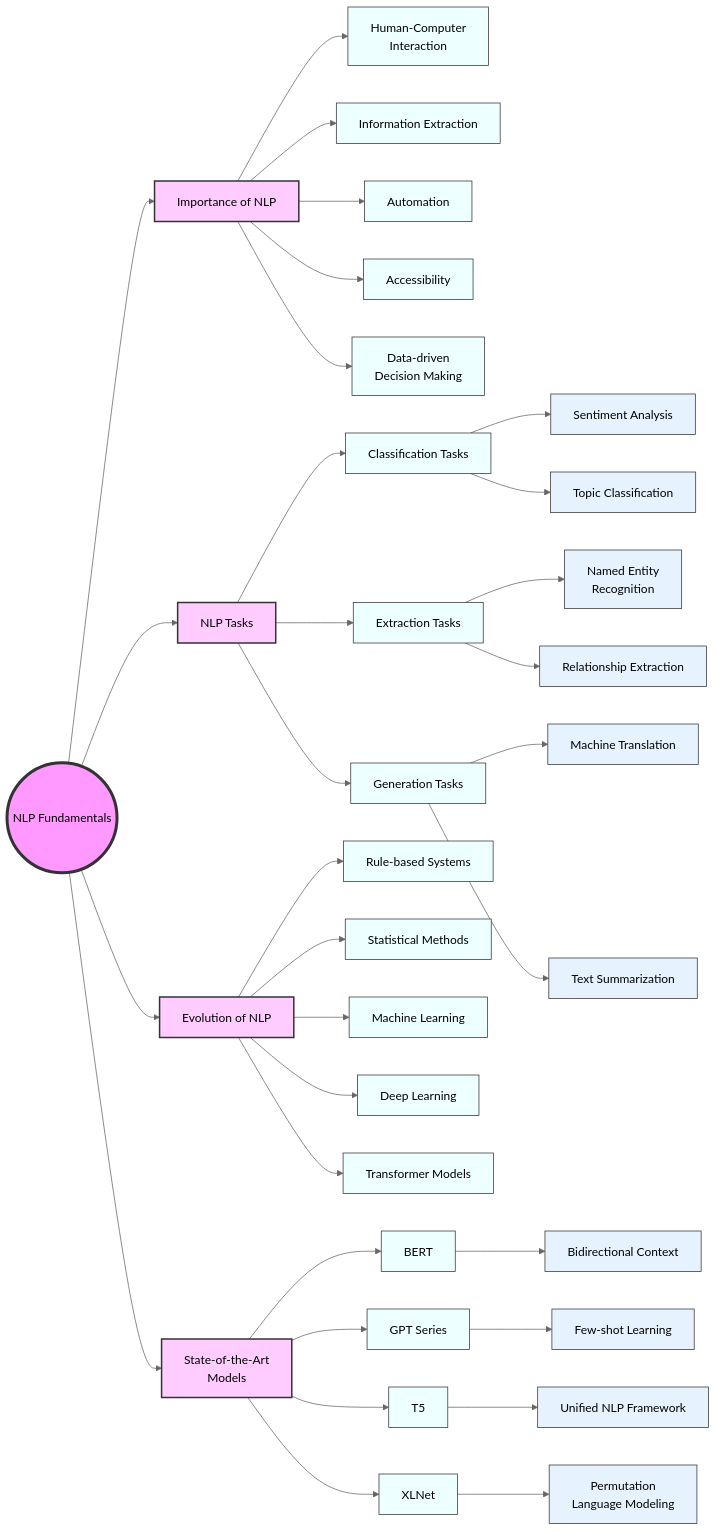
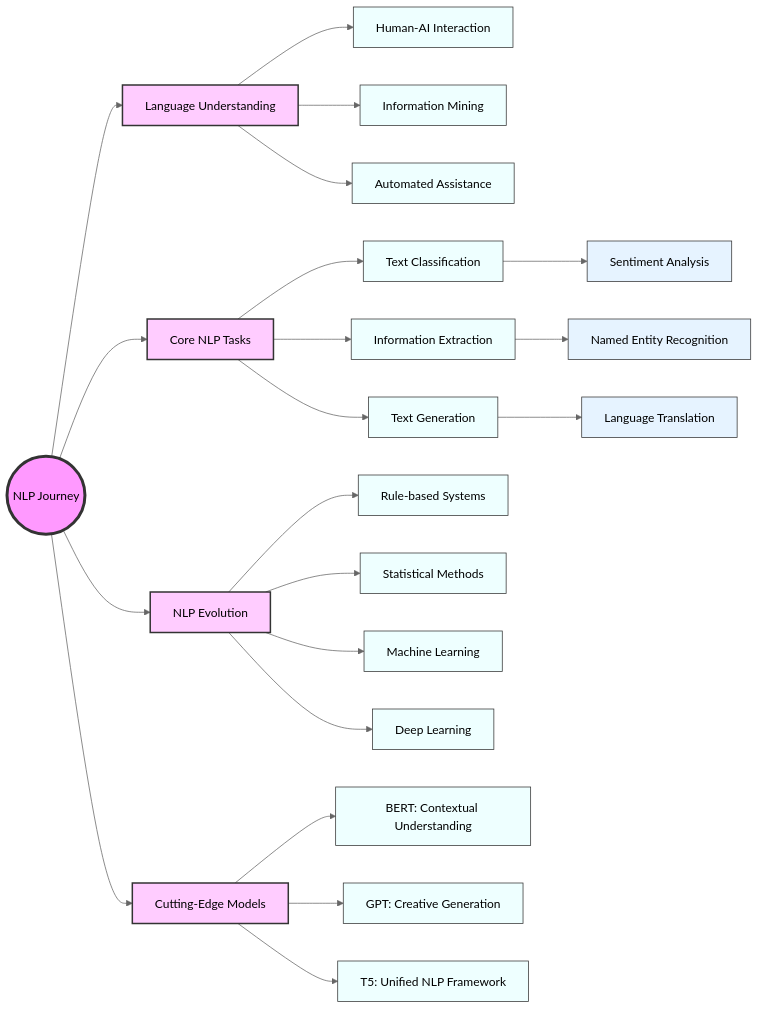
One commit to chenxingqiang/llm-course-chen changed the second of 2 diagrams in notebooks/md/lesson_02_NLP_Fundamentals.md. Above: the diagram before and after it, drawn with Mermaid (neutral theme). The commit also changed other lines of this file and 241 other files, not shown here.

````diff
--- a/notebooks/md/lesson_02_NLP_Fundamentals.md
+++ b/notebooks/md/lesson_02_NLP_Fundamentals.md
@@ -619,55 +1242,43 @@
 ```mermaid
 graph LR
-    A(("NLP Fundamentals"))
+    A(("NLP Journey"))
     
-    B["Importance of NLP"]
-    C["NLP Tasks"]
-    D["Evolution of NLP"]
-    E["State-of-the-Art<br/>Models"]
+    B["Language Understanding"]
+    C["Core NLP Tasks"]
+    D["NLP Evolution"]
+    E["Cutting-Edge Models"]
     
     A --> B & C & D & E
     
-    B --> B1["Human-Computer<br/>Interaction"]
-    B --> B2["Information Extraction"]
-    B --> B3["Automation"]
-    B --> B4["Accessibility"]
-    B --> B5["Data-driven<br/>Decision Making"]
+    B --> B1["Human-AI Interaction"]
+    B --> B2["Information Mining"]
+    B --> B3["Automated Assistance"]
     
-    C --> C1["Classification Tasks"]
-    C --> C2["Extraction Tasks"]
-    C --> C3["Generation Tasks"]
+    C --> C1["Text Classification"]
+    C --> C2["Information Extraction"]
+    C --> C3["Text Generation"]
     C1 --> C1a["Sentiment Analysis"]
-    C1 --> C1b["Topic Classification"]
-    C2 --> C2a["Named Entity<br/>Recognition"]
-    C2 --> C2b["Relationship Extraction"]
-    C3 --> C3a["Machine Translation"]
-    C3 --> C3b["Text Summarization"]
+    C2 --> C2a["Named Entity Recognition"]
+    C3 --> C3a["Language Translation"]
     
     D --> D1["Rule-based Systems"]
     D --> D2["Statistical Methods"]
     D --> D3["Machine Learning"]
     D --> D4["Deep Learning"]
-    D --> D5["Transformer Models"]
     
-    E --> E1["BERT"]
-    E --> E2["GPT Series"]
-    E --> E3["T5"]
-    E --> E4["XLNet"]
-    E1 --> E1a["Bidirectional Context"]
-    E2 --> E2a["Few-shot Learning"]
-    E3 --> E3a["Unified NLP Framework"]
-    E4 --> E4a["Permutation<br/>Language Modeling"]
-
+    E --> E1["BERT: Contextual Understanding"]
+    E --> E2["GPT: Creative Generation"]
+    E --> E3["T5: Unified NLP Framework"]
+    
     style A fill:#f9f,stroke:#333,stroke-width:4px
     style B fill:#fcf,stroke:#333,stroke-width:2px
     style C fill:#fcf,stroke:#333,stroke-width:2px
     style D fill:#fcf,stroke:#333,stroke-width:2px
     style E fill:#fcf,stroke:#333,stroke-width:2px
     
     classDef subTopic fill:#eff,stroke:#333,stroke-width:1px
-    class B1,B2,B3,B4,B5,C1,C2,C3,D1,D2,D3,D4,D5,E1,E2,E3,E4 subTopic
+    class B1,B2,B3,C1,C2,C3,D1,D2,D3,D4,E1,E2,E3 subTopic
     
     classDef subSubTopic fill:#e6f3ff,stroke:#333,stroke-width:1px
-    class C1a,C1b,C2a,C2b,C3a,C3b,E1a,E2a,E3a,E4a subSubTopic
-    
+    class C1a,C2a,C3a subSubTopic
 ```
````
